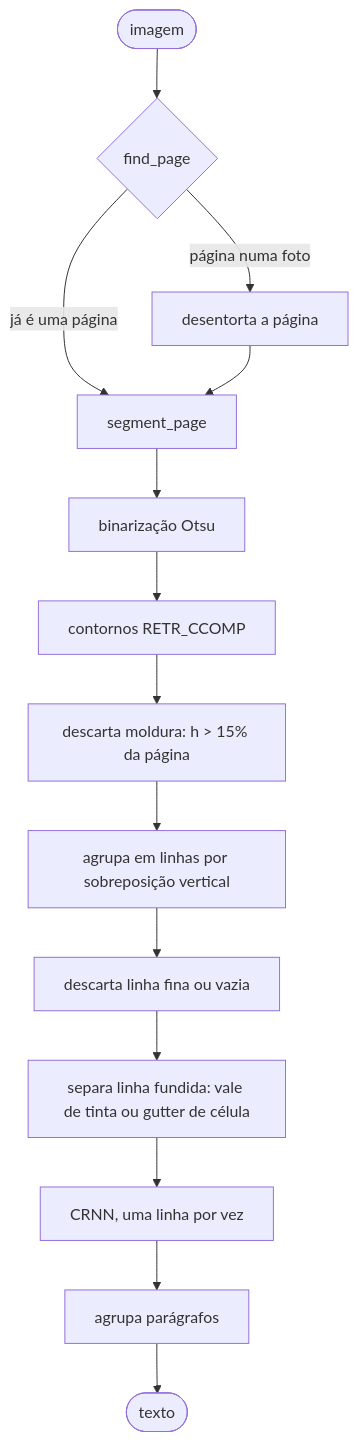
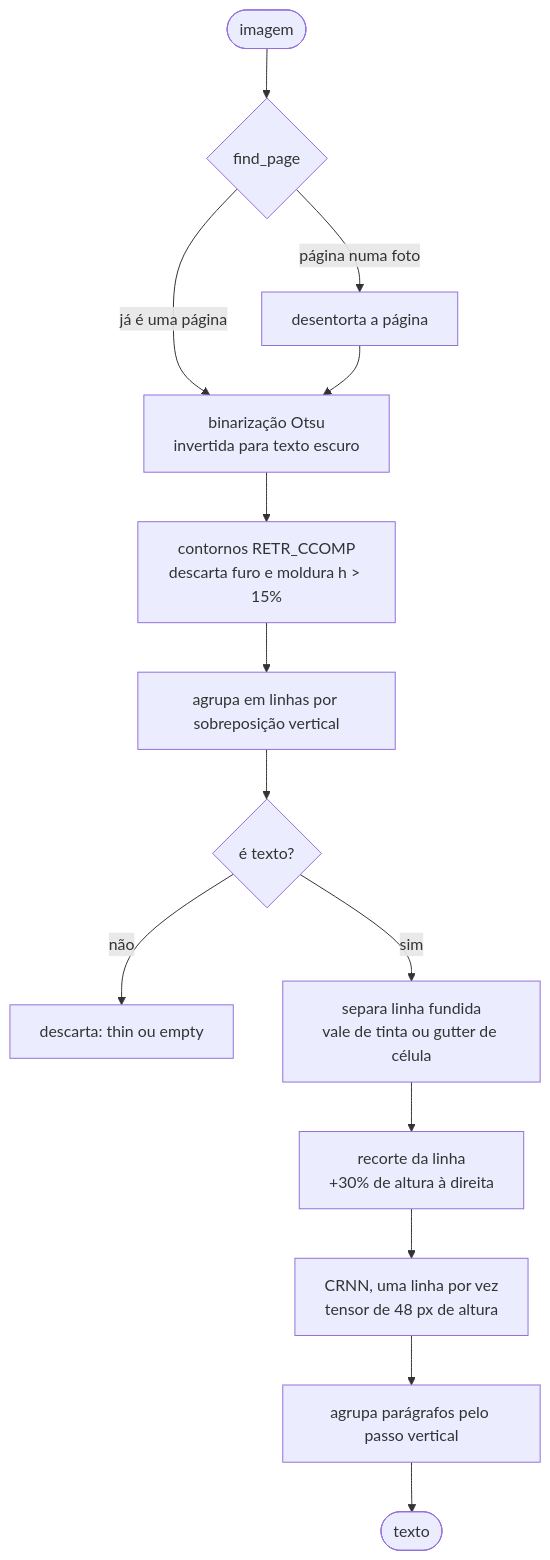
The first of 3 diagrams in docs/data-flow.md (izacgaldino23/ig-ocr), drawn with Mermaid before and after one commit. The commit also changed other lines of this file, not shown here.

First line of the commit message:
docs: diagramas de fluxo de dados atualizados

````diff
--- a/docs/data-flow.md
+++ b/docs/data-flow.md
@@ -5,16 +5,16 @@
 ```mermaid
 flowchart TD
     img([imagem]) --> find{find_page}
     find -- página numa foto --> warp[desentorta a página]
-    find -- já é uma página --> seg
-    warp --> seg[segment_page]
-    seg --> otsu[binarização Otsu]
-    otsu --> cont[contornos RETR_CCOMP]
-    cont --> f1[descarta moldura: h > 15% da página]
-    f1 --> grp[agrupa em linhas por sobreposição vertical]
-    grp --> f2[descarta linha fina ou vazia]
-    f2 --> f3[separa linha fundida: vale de tinta ou gutter de célula]
-    f3 --> crnn[CRNN, uma linha por vez]
-    crnn --> para[agrupa parágrafos]
+    find -- já é uma página --> otsu
+    warp --> otsu[binarização Otsu<br/>invertida para texto escuro]
+    otsu --> cont[contornos RETR_CCOMP<br/>descarta furo e moldura h > 15%]
+    cont --> grp[agrupa em linhas por sobreposição vertical]
+    grp --> eh{é texto?}
+    eh -- não --> drop[descarta: thin ou empty]
+    eh -- sim --> split[separa linha fundida<br/>vale de tinta ou gutter de célula]
+    split --> crop[recorte da linha<br/>+30% de altura à direita]
+    crop --> crnn[CRNN, uma linha por vez<br/>tensor de 48 px de altura]
+    crnn --> para[agrupa parágrafos pelo passo vertical]
     para --> txt([texto])
 ```
````
